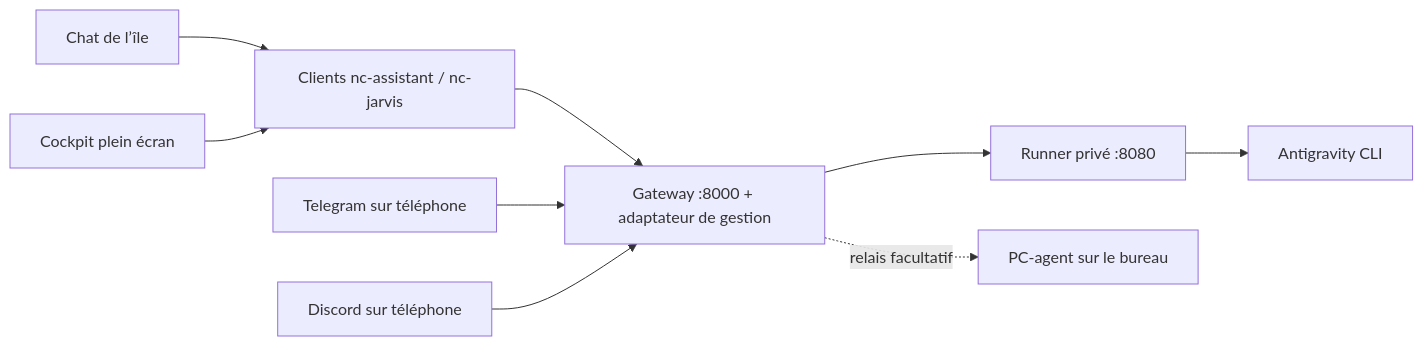
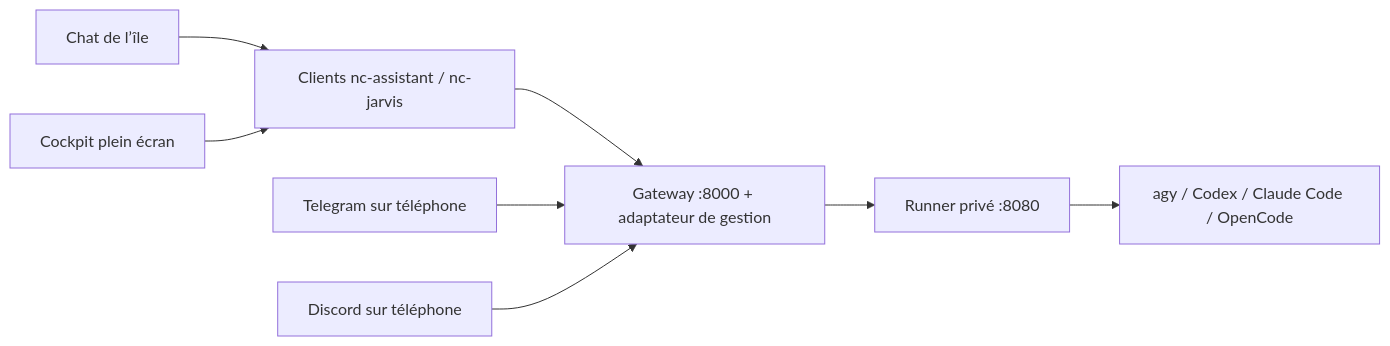
Before and after one commit to abcdef123456-wq/noctalia-config: the diagram in docs/jarvis.md, drawn with Mermaid. The commit also changed other lines of this file and 19 other files, not shown here.

````diff
--- a/docs/jarvis.md
+++ b/docs/jarvis.md
@@ -28,11 +28,10 @@
 ```mermaid
 flowchart LR
     I[Chat de l’île] --> C[Clients nc-assistant / nc-jarvis]
     D[Cockpit plein écran] --> C
     C --> G[Gateway :8000 + adaptateur de gestion]
     T[Telegram sur téléphone] --> G
     B[Discord sur téléphone] --> G
     G --> R[Runner privé :8080]
-    R --> A[Antigravity CLI]
-    G -. relais facultatif .-> P[PC-agent sur le bureau]
+    R --> A[agy / Codex / Claude Code / OpenCode]
 ```
````
